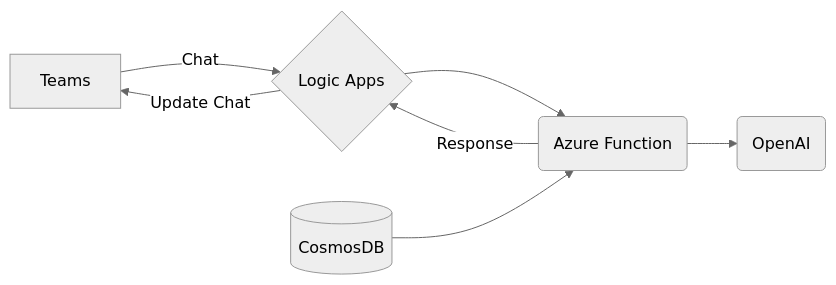
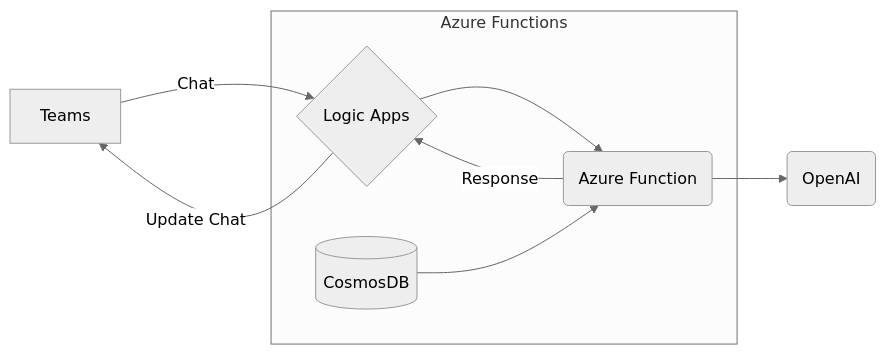
The first of 3 diagrams in README.md (nagendramishr/mini-rag-quickstart), drawn with Mermaid (neutral theme) before and after one commit.

````diff
--- a/README.md
+++ b/README.md
@@ -27,9 +27,11 @@
 ```mermaid
 graph LR
 A[Teams] -- Chat --> B{Logic Apps}
+subgraph Azure Functions
 B --> C(Azure Function)
 D[(CosmosDB)] --> C
+end
 C --> E(OpenAI)
 C -- Response --> B
 B -- Update Chat --> A 
 ```
````
